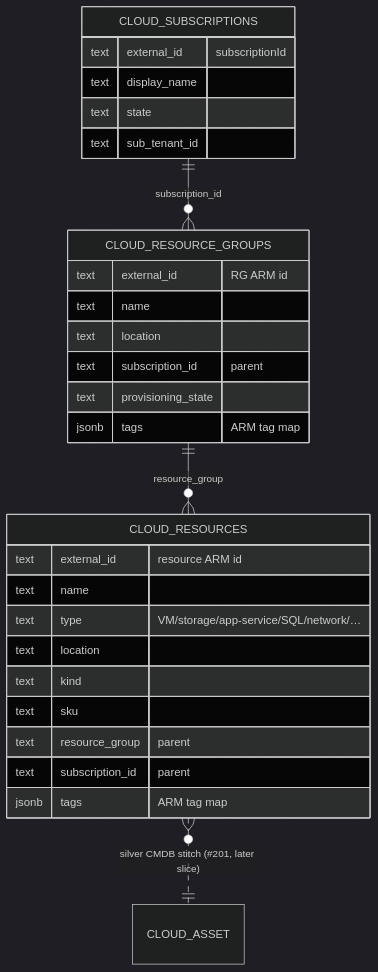
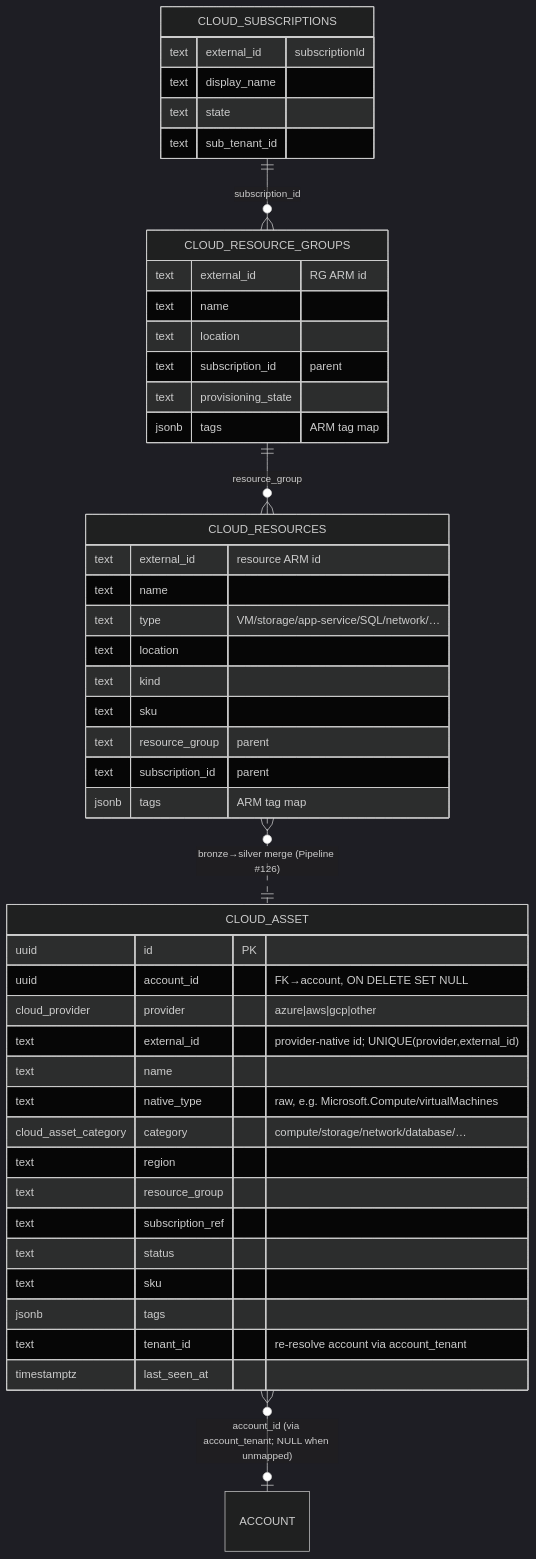
Diagram 12 of 20 in docs/database/data-model.md (markdconnelly/ImperionCRM), drawn with Mermaid (dark theme) before and after one commit. The commit also changed other lines of this file and 3 other files, not shown here.

````diff
--- a/docs/database/data-model.md
+++ b/docs/database/data-model.md
@@ -1641,31 +1641,49 @@
 ```mermaid
 erDiagram
     CLOUD_SUBSCRIPTIONS   ||--o{ CLOUD_RESOURCE_GROUPS : "subscription_id"
     CLOUD_RESOURCE_GROUPS ||--o{ CLOUD_RESOURCES : "resource_group"
-    CLOUD_RESOURCES }o..|| CLOUD_ASSET : "silver CMDB stitch (#201, later slice)"
+    CLOUD_RESOURCES }o..|| CLOUD_ASSET : "bronze→silver merge (Pipeline #126)"
+    CLOUD_ASSET }o--o| ACCOUNT : "account_id (via account_tenant; NULL when unmapped)"
+    CLOUD_ASSET {
+      uuid id PK
+      uuid account_id "FK→account, ON DELETE SET NULL"
+      cloud_provider provider "azure|aws|gcp|other"
+      text external_id "provider-native id; UNIQUE(provider,external_id)"
+      text name
+      text native_type "raw, e.g. Microsoft.Compute/virtualMachines"
+      cloud_asset_category category "compute/storage/network/database/…"
+      text region
+      text resource_group
+      text subscription_ref
+      text status
+      text sku
+      jsonb tags
+      text tenant_id "re-resolve account via account_tenant"
+      timestamptz last_seen_at
+    }
     CLOUD_SUBSCRIPTIONS {
       text external_id "subscriptionId"
       text display_name
       text state
       text sub_tenant_id
     }
     CLOUD_RESOURCE_GROUPS {
       text external_id "RG ARM id"
       text name
       text location
       text subscription_id "parent"
       text provisioning_state
       jsonb tags "ARM tag map"
     }
     CLOUD_RESOURCES {
       text external_id "resource ARM id"
       text name
       text type "VM/storage/app-service/SQL/network/…"
       text location
       text kind
       text sku
       text resource_group "parent"
       text subscription_id "parent"
       jsonb tags "ARM tag map"
     }
 ```
````
